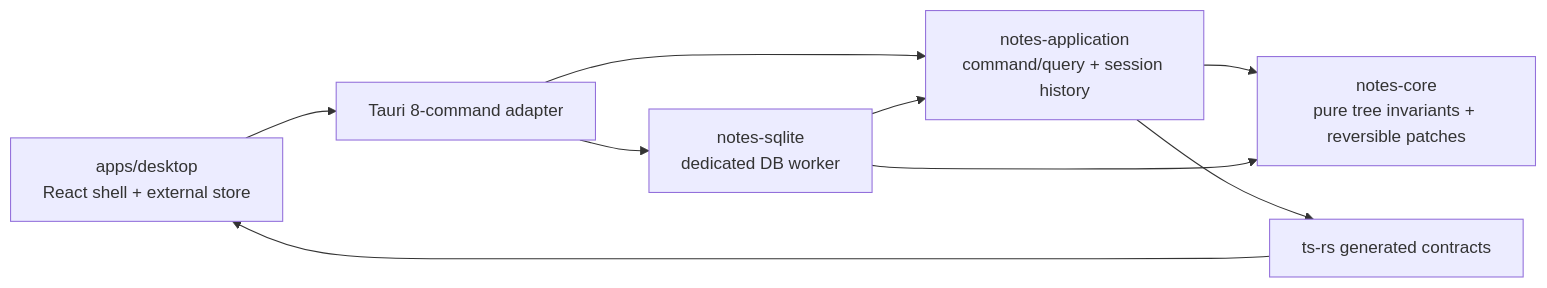
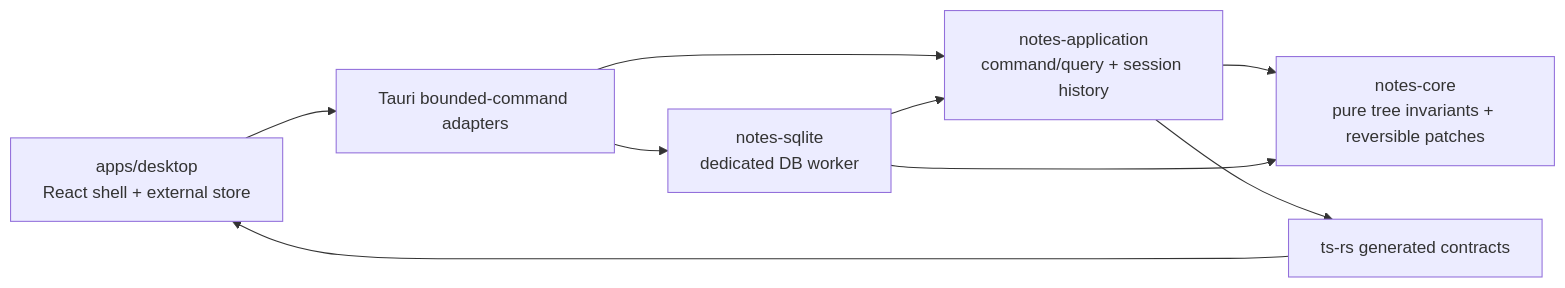
The first of 3 diagrams in docs/v2/architecture.md (doortts/yonalist), drawn with Mermaid before and after one commit. The commit also changed other lines of this file and 4 other files, not shown here.

````diff
--- a/docs/v2/architecture.md
+++ b/docs/v2/architecture.md
@@ -5,11 +5,11 @@
 ```mermaid
 flowchart LR
-  UI["apps/desktop\nReact shell + external store"] --> IPC["Tauri 8-command adapter"]
+  UI["apps/desktop\nReact shell + external store"] --> IPC["Tauri bounded-command adapters"]
   IPC --> APP["notes-application\ncommand/query + session history"]
   APP --> CORE["notes-core\npure tree invariants + reversible patches"]
   IPC --> SQLITE["notes-sqlite\ndedicated DB worker"]
   SQLITE --> APP
   SQLITE --> CORE
   CONTRACTS["ts-rs generated contracts"] --> UI
   APP --> CONTRACTS
 ```
````
